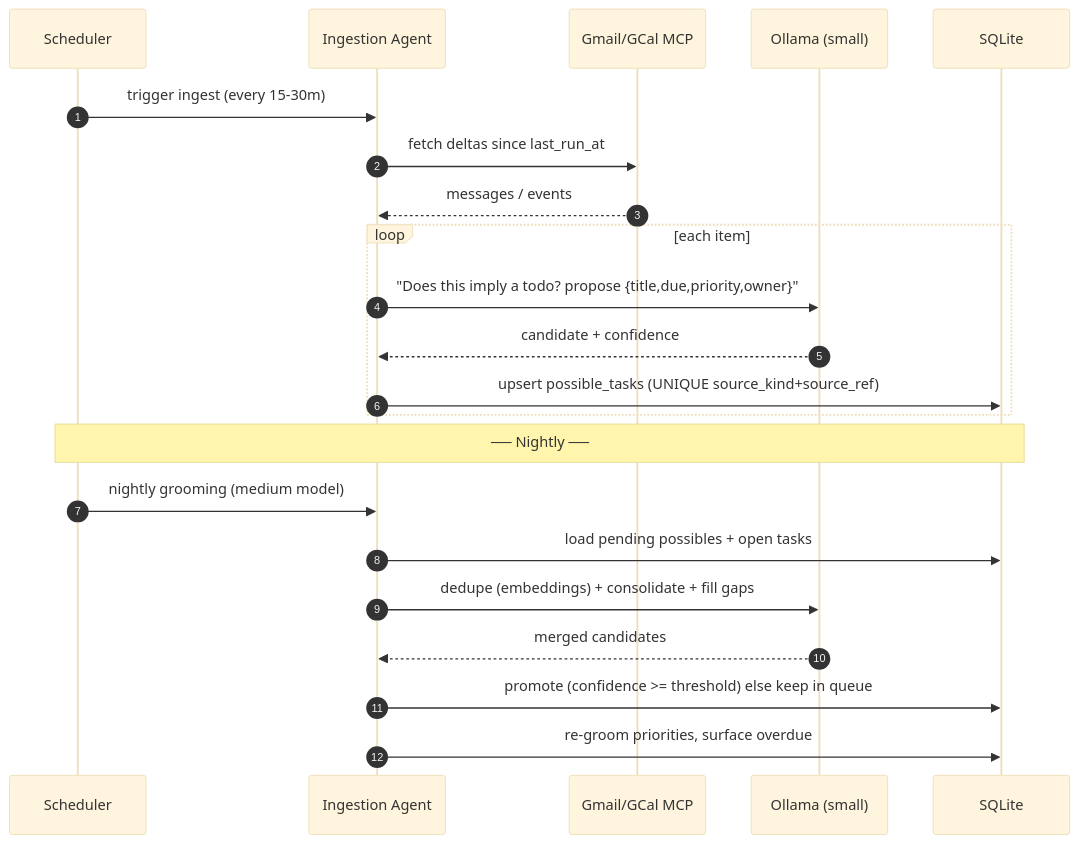
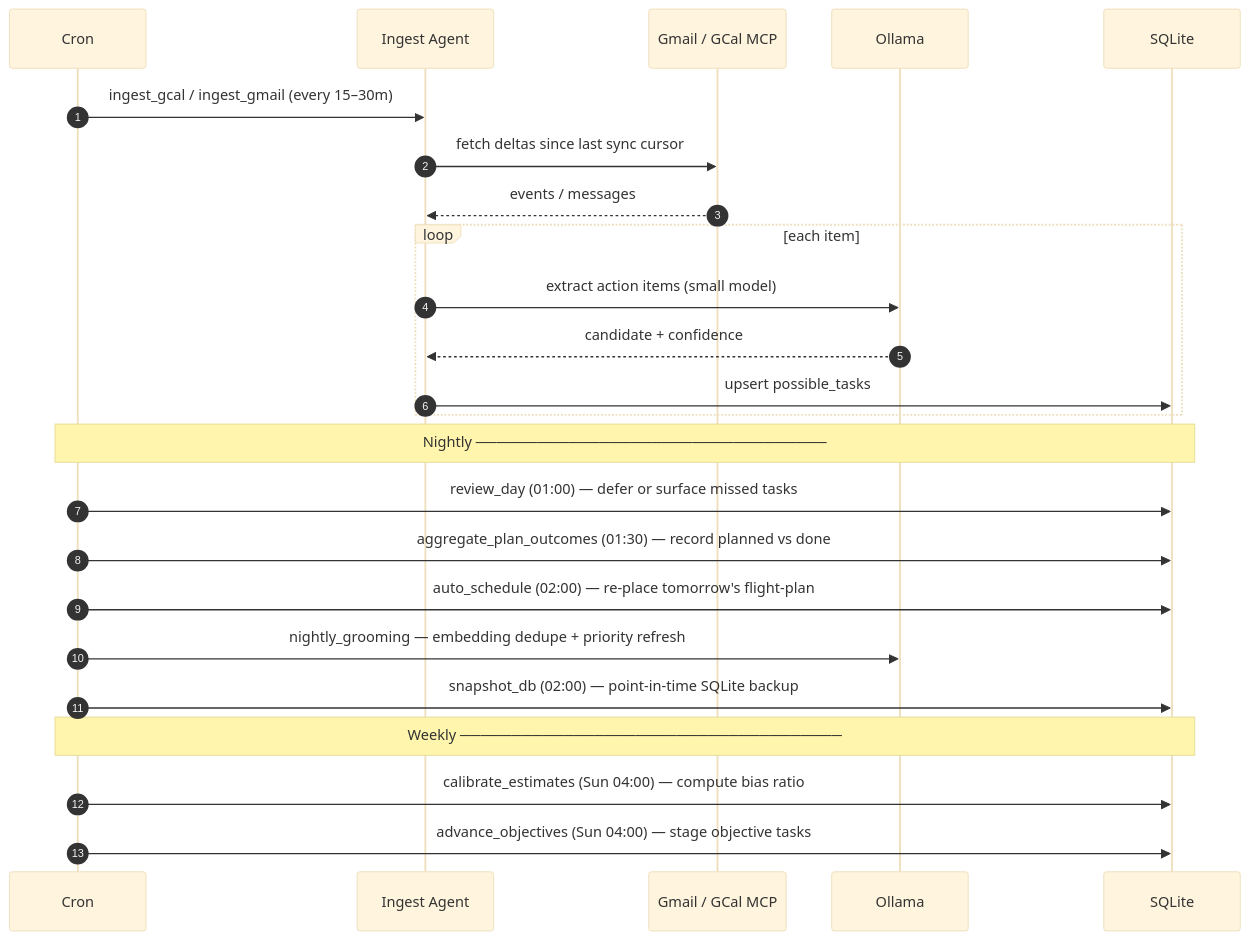
One commit to companionintelligence/CI-Planning changed the third of 6 diagrams in ARCHITECTURE.md. Above: the diagram before and after it, drawn with Mermaid (base theme). The commit also changed other lines of this file and 3 other files, not shown here.

First line of the commit message:
docs: update ARCHITECTURE, README, ROADMAP, GLOSSARY for Phase N shipped state

````diff
--- a/ARCHITECTURE.md
+++ b/ARCHITECTURE.md
@@ -300,24 +203,29 @@
 ```mermaid
 sequenceDiagram
     autonumber
-    participant Cron as Scheduler
-    participant Ing as Ingestion Agent
-    participant MCP as Gmail/GCal MCP
-    participant LLM as Ollama (small)
+    participant Cron
+    participant Ing as Ingest Agent
+    participant MCP as Gmail / GCal MCP
+    participant LLM as Ollama
     participant DB as SQLite
-    Cron->>Ing: trigger ingest (every 15-30m)
-    Ing->>MCP: fetch deltas since last_run_at
-    MCP-->>Ing: messages / events
+
+    Cron->>Ing: ingest_gcal / ingest_gmail (every 15–30m)
+    Ing->>MCP: fetch deltas since last sync cursor
+    MCP-->>Ing: events / messages
     loop each item
-        Ing->>LLM: "Does this imply a todo? propose {title,due,priority,owner}"
+        Ing->>LLM: extract action items (small model)
         LLM-->>Ing: candidate + confidence
-        Ing->>DB: upsert possible_tasks (UNIQUE source_kind+source_ref)
+        Ing->>DB: upsert possible_tasks
     end
-    Note over Cron,DB: ── Nightly ──
-    Cron->>Ing: nightly grooming (medium model)
-    Ing->>DB: load pending possibles + open tasks
-    Ing->>LLM: dedupe (embeddings) + consolidate + fill gaps
-    LLM-->>Ing: merged candidates
-    Ing->>DB: promote (confidence >= threshold) else keep in queue
-    Ing->>DB: re-groom priorities, surface overdue
+
+    Note over Cron,DB: Nightly ──────────────────────────────────
+    Cron->>DB: review_day (01:00) — defer or surface missed tasks
+    Cron->>DB: aggregate_plan_outcomes (01:30) — record planned vs done
+    Cron->>DB: auto_schedule (02:00) — re-place tomorrow's flight-plan
+    Cron->>LLM: nightly_grooming — embedding dedupe + priority refresh
+    Cron->>DB: snapshot_db (02:00) — point-in-time SQLite backup
+
+    Note over Cron,DB: Weekly ─────────────────────────────────────
+    Cron->>DB: calibrate_estimates (Sun 04:00) — compute bias ratio
+    Cron->>DB: advance_objectives (Sun 04:00) — stage objective tasks
 ```
````
